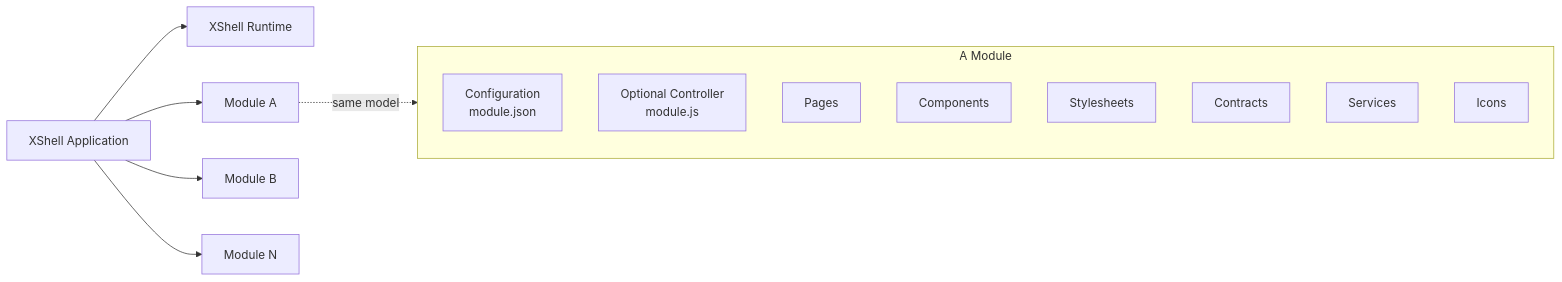
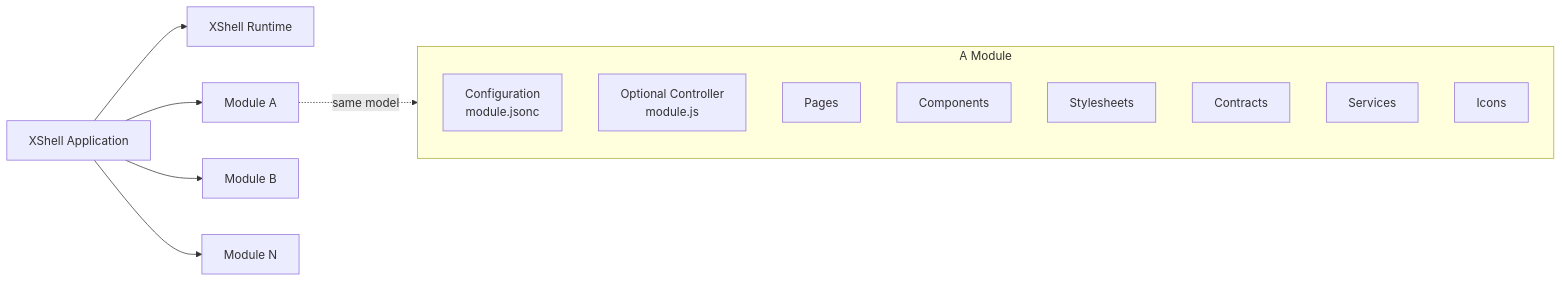
The diagram in src/DProjects.XShell/README.md (marcdp/xshell), drawn with Mermaid before and after one commit. The commit also changed other lines of this file and 45 other files, not shown here.

````diff
--- a/src/DProjects.XShell/README.md
+++ b/src/DProjects.XShell/README.md
@@ -32,23 +32,23 @@
 ```mermaid
 flowchart LR
 
     APP["XShell Application"]
 
     APP --> XS["XShell Runtime"]
     APP --> M1["Module A"]
     APP --> M2["Module B"]
     APP --> MN["Module N"]
 
     subgraph MODULE["A Module"]
-        CFG["Configuration<br/>module.json"]
+        CFG["Configuration<br/>module.jsonc"]
         CTRL["Optional Controller<br/>module.js"]
         PAGES["Pages"]
         COMPONENTS["Components"]
         STYLES["Stylesheets"]
         CONTRACTS["Contracts"]
         SERVICES["Services"]
         ICONS["Icons"]
     end
 
     M1 -. same model .-> MODULE
 ```
````
